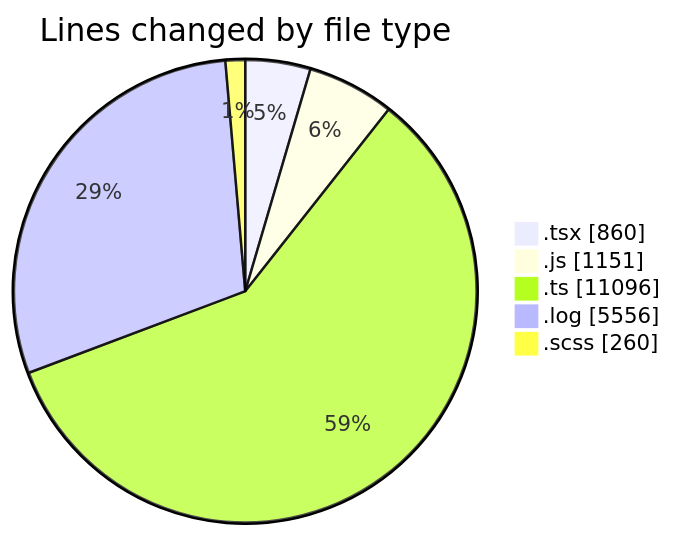
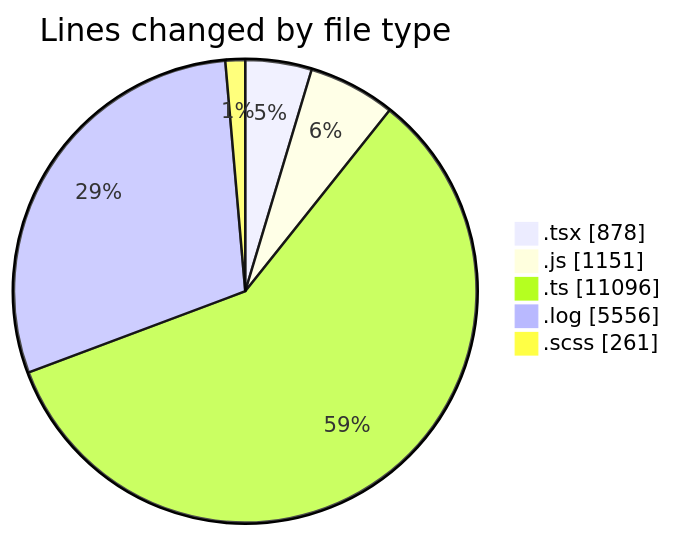
Before and after one commit to momahboobian/code-tracking: the first of 2 diagrams in 2026-04-09/cda/README.md, drawn with Mermaid. The commit also changed other lines of this file and 1 other file, not shown here.

````diff
--- a/2026-04-09/cda/README.md
+++ b/2026-04-09/cda/README.md
@@ -31,9 +31,9 @@
 ```mermaid
 pie showData
 title Lines changed by file type
-".tsx" : 860
+".tsx" : 878
 ".js" : 1151
 ".ts" : 11096
 ".log" : 5556
-".scss" : 260
+".scss" : 261
 ```
````
